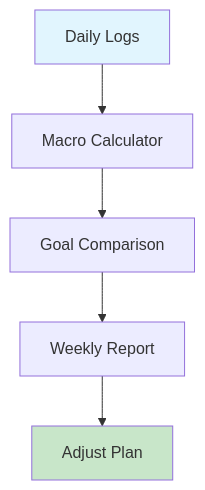
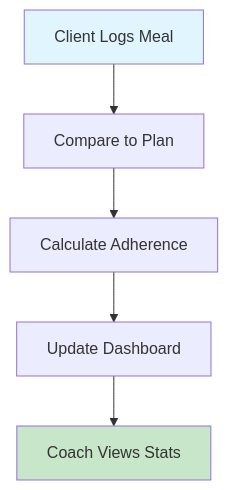
One commit to ankitmhatre/documentationai-Docs changed the diagram in features.mdx. Above: the diagram before and after it, drawn with Mermaid. The commit also changed other lines of this file and 12 other files, not shown here.

````diff
--- a/features.mdx
+++ b/features.mdx
@@ -98,9 +82,9 @@
 ```mermaid
 graph TD
-    A[Daily Logs] --> B[Macro Calculator]
-    B --> C[Goal Comparison]
-    C --> D[Weekly Report]
-    D --> E[Adjust Plan]
+    A[Client Logs Meal] --> B[Compare to Plan]
+    B --> C[Calculate Adherence]
+    C --> D[Update Dashboard]
+    D --> E[Coach Views Stats]
     style A fill:#e1f5fe
     style E fill:#c8e6c9
 ```
````
